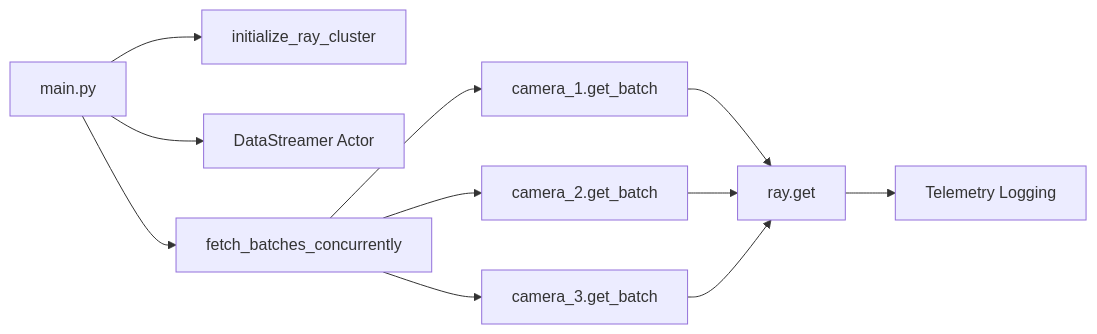
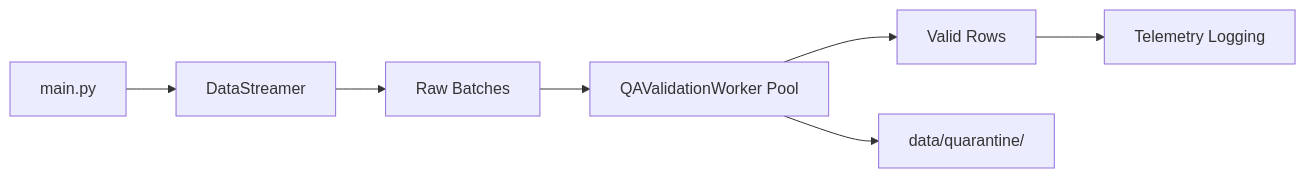
The diagram in README.md (hamidmatiny/sentinel-ray), drawn with Mermaid before and after one commit. The commit also changed other lines of this file and 95 other files, not shown here.

Commit message:
phase 2 quarantine data

````diff
--- a/README.md
+++ b/README.md
@@ -92,13 +107,9 @@
 ```mermaid
 flowchart LR
-    Main[main.py] --> RayInit[initialize_ray_cluster]
-    Main --> Actor[DataStreamer Actor]
-    Main --> Fetch[fetch_batches_concurrently]
-    Fetch --> C1[camera_1.get_batch]
-    Fetch --> C2[camera_2.get_batch]
-    Fetch --> C3[camera_3.get_batch]
-    C1 --> RayGet[ray.get]
-    C2 --> RayGet
-    C3 --> RayGet
-    RayGet --> Log[Telemetry Logging]
+    Main[main.py] --> Stream[DataStreamer]
+    Stream --> Raw[Raw Batches]
+    Raw --> QA[QAValidationWorker Pool]
+    QA --> Valid[Valid Rows]
+    QA --> Quarantine[data/quarantine/]
+    Valid --> Log[Telemetry Logging]
 ```
````
